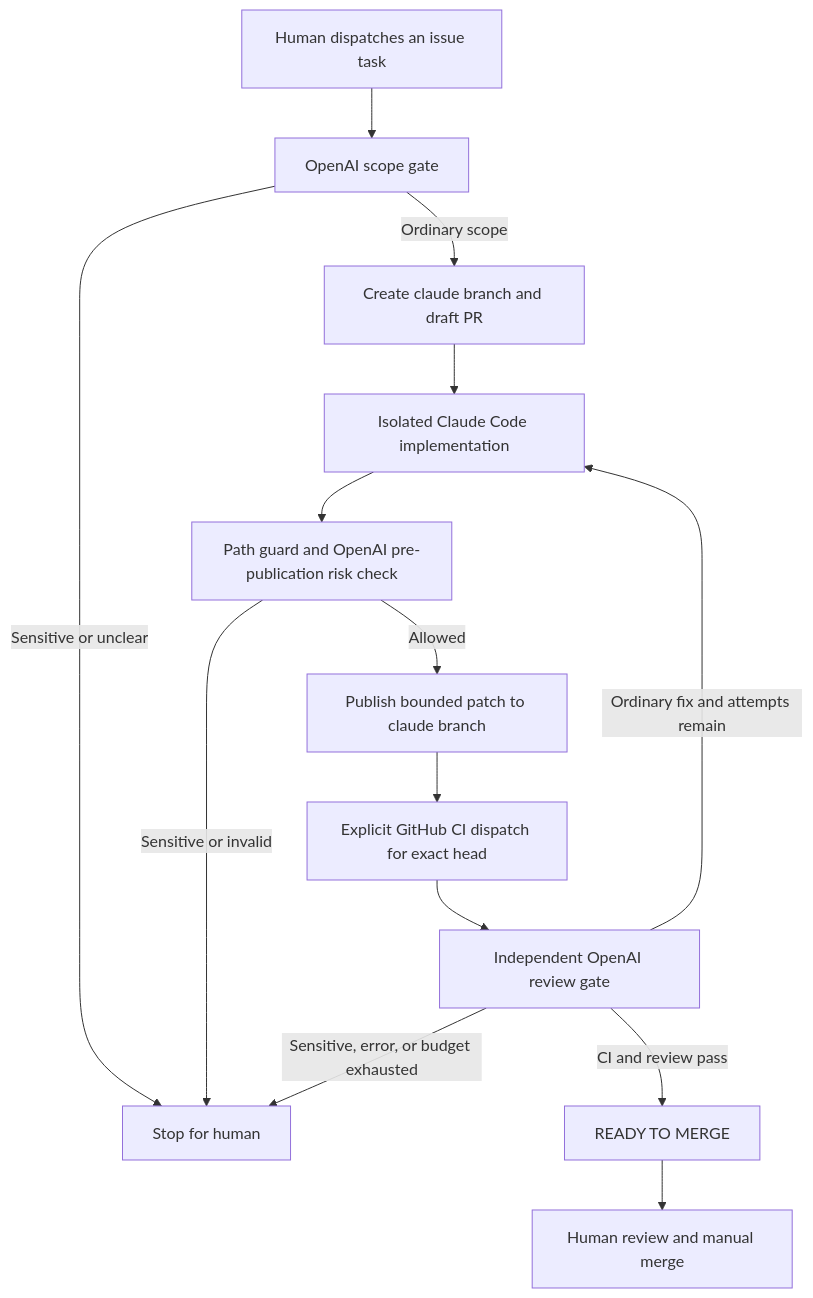
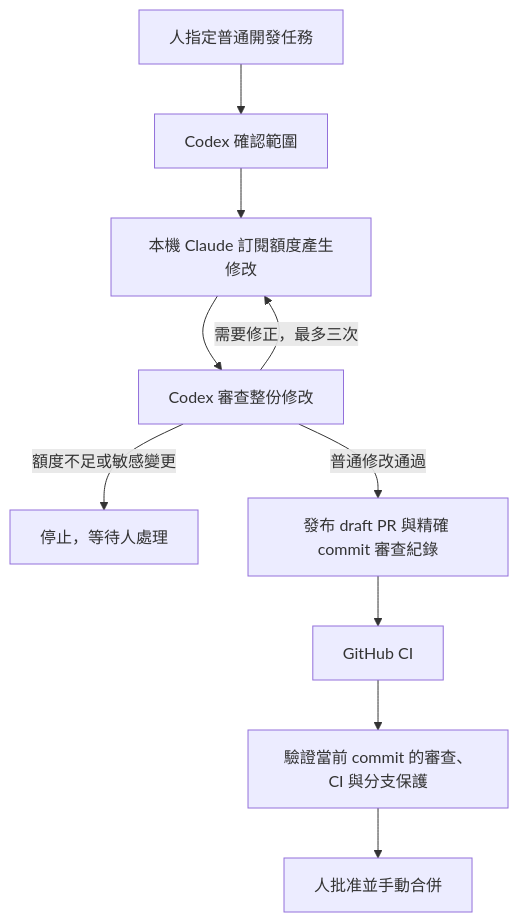
The diagram in docs/AI-DEVELOPMENT-LOOP.md (zrco001/CEproject), drawn with Mermaid before and after one commit. The commit also changed other lines of this file and 10 other files, not shown here.

First line of the commit message:
Use existing Claude/Codex subscriptions with no model API billing (#3)

````diff
--- a/docs/AI-DEVELOPMENT-LOOP.md
+++ b/docs/AI-DEVELOPMENT-LOOP.md
@@ -16,16 +10,12 @@
 ```mermaid
 flowchart TD
-  A[Human dispatches an issue task] --> B[OpenAI scope gate]
-  B -->|Ordinary scope| C[Create claude branch and draft PR]
-  B -->|Sensitive or unclear| H[Stop for human]
-  C --> D[Isolated Claude Code implementation]
-  D --> E[Path guard and OpenAI pre-publication risk check]
-  E -->|Allowed| F[Publish bounded patch to claude branch]
-  E -->|Sensitive or invalid| H
-  F --> G[Explicit GitHub CI dispatch for exact head]
-  G --> I[Independent OpenAI review gate]
-  I -->|Ordinary fix and attempts remain| D
-  I -->|Sensitive, error, or budget exhausted| H
-  I -->|CI and review pass| J[READY TO MERGE]
-  J --> K[Human review and manual merge]
+  A[人指定普通開發任務] --> B[Codex 確認範圍]
+  B --> C[本機 Claude 訂閱額度產生修改]
+  C --> D[Codex 審查整份修改]
+  D -->|需要修正，最多三次| C
+  D -->|額度不足或敏感變更| H[停止，等待人處理]
+  D -->|普通修改通過| E[發布 draft PR 與精確 commit 審查紀錄]
+  E --> F[GitHub CI]
+  F --> G[驗證當前 commit 的審查、CI 與分支保護]
+  G --> I[人批准並手動合併]
 ```
````
